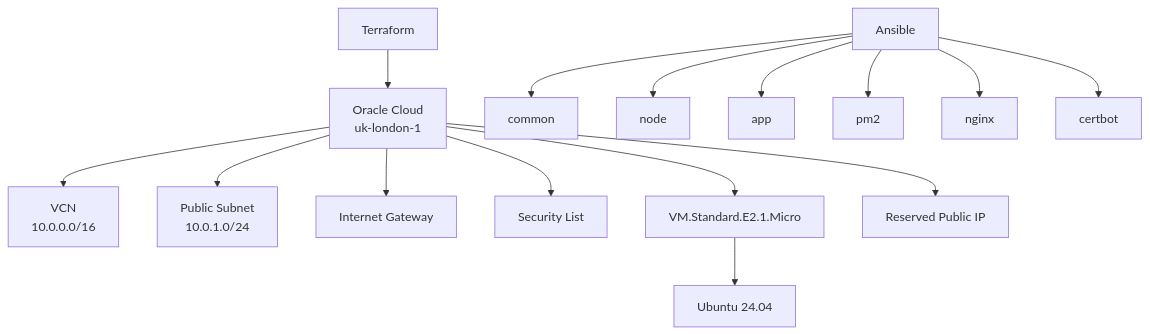
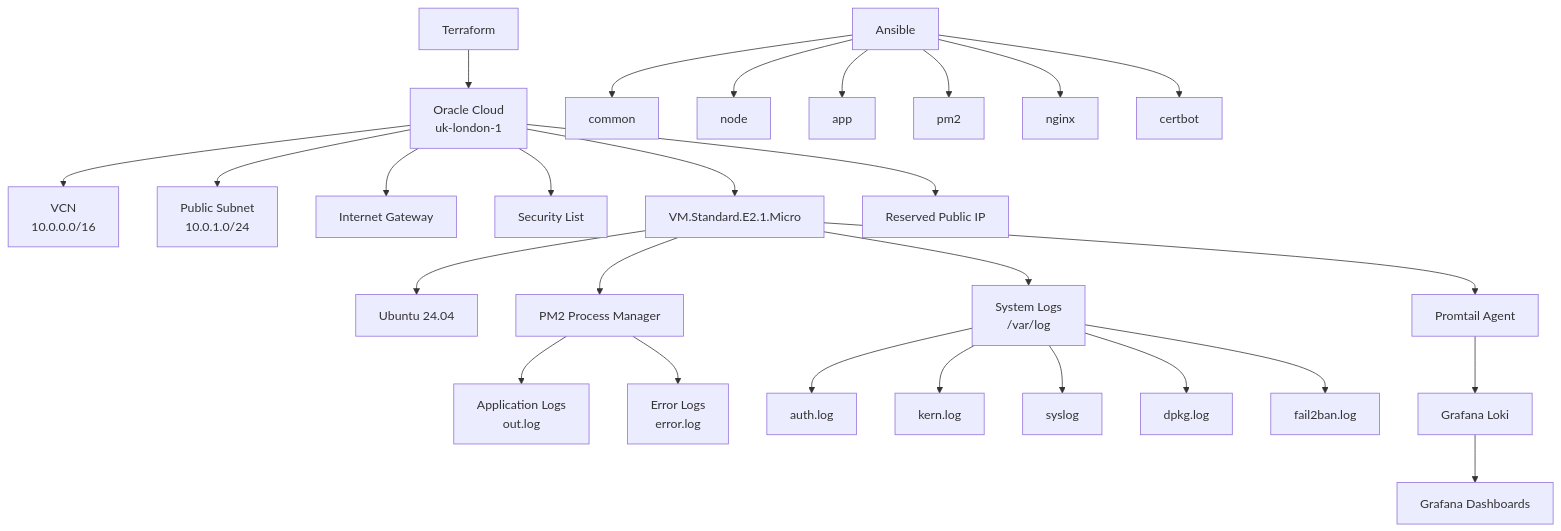
Before and after one commit to UvereAnn/uvereann.name.ng: the second of 3 diagrams in README.md, drawn with Mermaid. The commit also changed other lines of this file and 2 other files, not shown here.

Commit message:
feat: enhance observability features in documentation and code; add Grafana and Loki to architecture

````diff
--- a/README.md
+++ b/README.md
@@ -163,25 +199,41 @@
 ```mermaid
 flowchart TD
-
 A[Terraform]
 
 A --> B[Oracle Cloud<br/>uk-london-1]
 
 B --> C[VCN<br/>10.0.0.0/16]
 B --> D[Public Subnet<br/>10.0.1.0/24]
 B --> E[Internet Gateway]
 B --> F[Security List]
 B --> G[VM.Standard.E2.1.Micro]
 B --> H[Reserved Public IP]
 
 G --> I[Ubuntu 24.04]
 
 J[Ansible]
 
 J --> J1[common]
 J --> J2[node]
 J --> J3[app]
 J --> J4[pm2]
 J --> J5[nginx]
 J --> J6[certbot]
+
+%% Observability (integrated into same structure style)
+
+G --> O1[PM2 Process Manager]
+O1 --> O1a[Application Logs<br/>out.log]
+O1 --> O1b[Error Logs<br/>error.log]
+
+G --> O2[System Logs<br/>/var/log]
+O2 --> O2a[auth.log]
+O2 --> O2b[kern.log]
+O2 --> O2c[syslog]
+O2 --> O2d[dpkg.log]
+O2 --> O2e[fail2ban.log]
+
+G --> O3[Promtail Agent]
+O3 --> O4[Grafana Loki]
+O4 --> O5[Grafana Dashboards]
 ```
````
